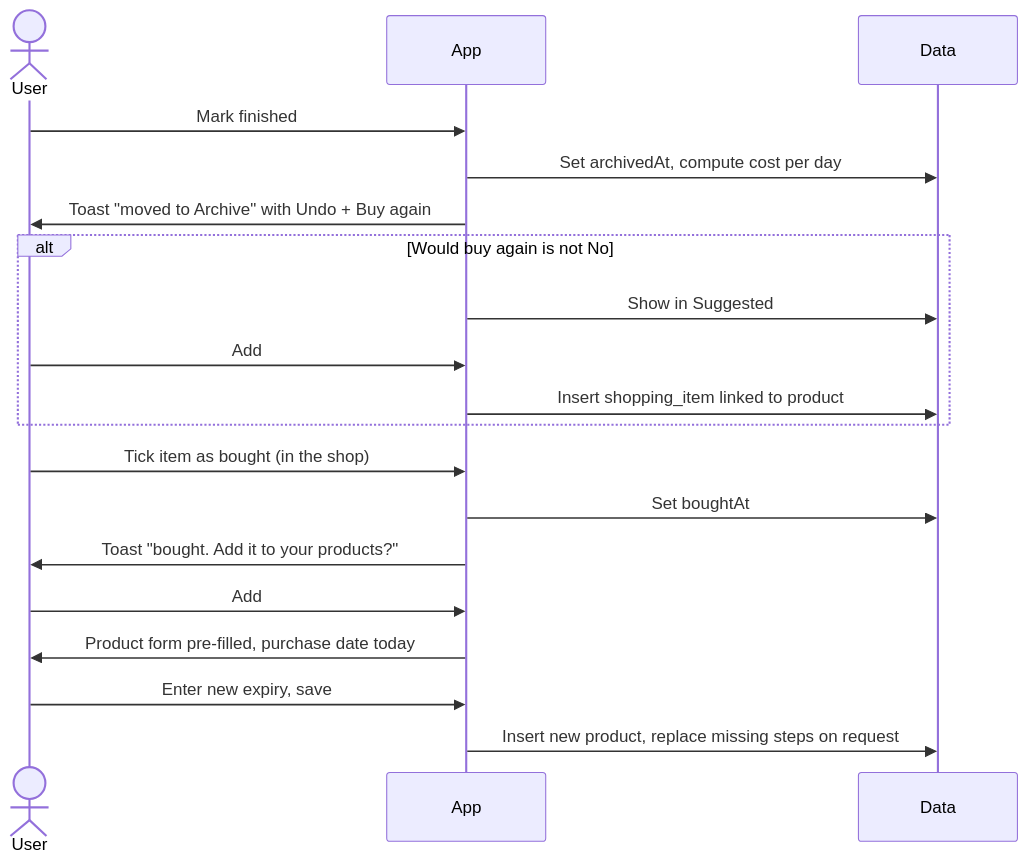
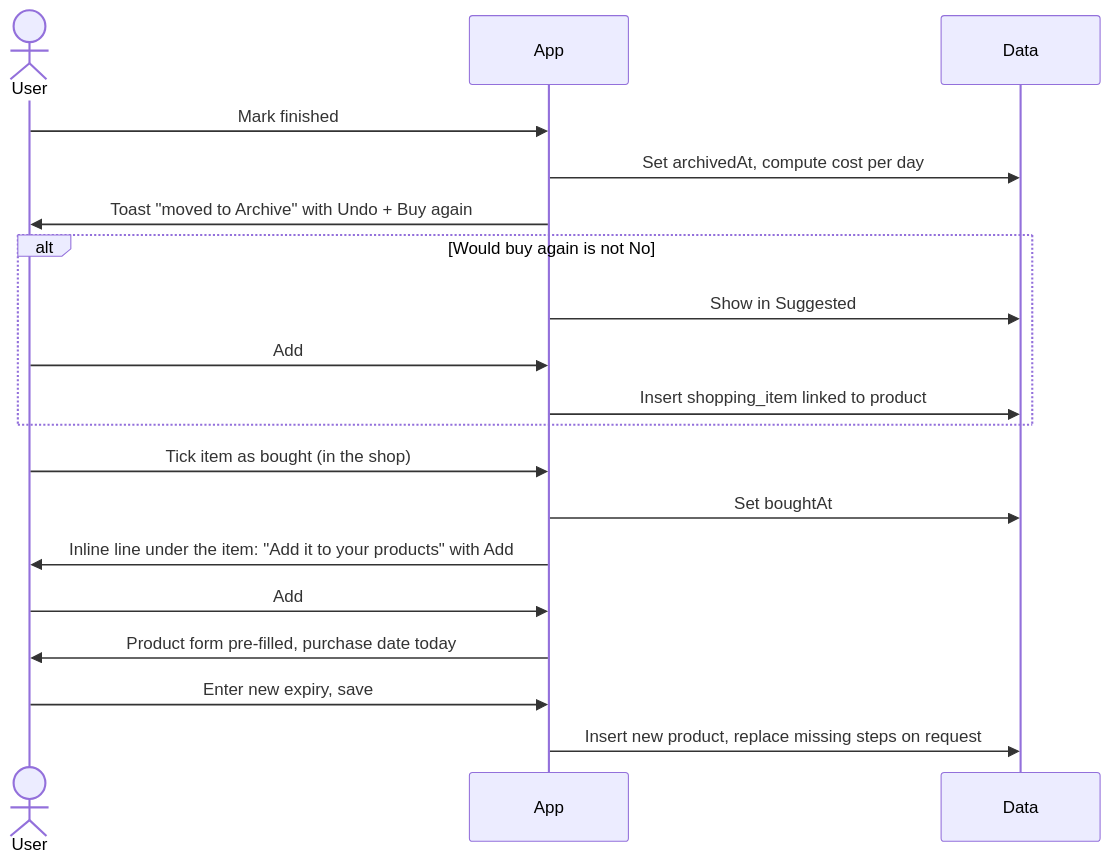
One commit to Justxs/Jx-Care changed the eighth of 10 diagrams in docs/feature-spec.md. Above: the diagram before and after it, drawn with Mermaid. The commit also changed other lines of this file and 36 other files, not shown here.

````diff
--- a/docs/feature-spec.md
+++ b/docs/feature-spec.md
@@ -667,21 +682,21 @@
 ```mermaid
 sequenceDiagram
   actor U as User
   participant A as App
   participant D as Data
   U->>A: Mark finished
   A->>D: Set archivedAt, compute cost per day
   A->>U: Toast "moved to Archive" with Undo + Buy again
   alt Would buy again is not No
     A->>D: Show in Suggested
     U->>A: Add
     A->>D: Insert shopping_item linked to product
   end
   U->>A: Tick item as bought (in the shop)
   A->>D: Set boughtAt
-  A->>U: Toast "bought. Add it to your products?"
+  A->>U: Inline line under the item: "Add it to your products" with Add
   U->>A: Add
   A->>U: Product form pre-filled, purchase date today
   U->>A: Enter new expiry, save
   A->>D: Insert new product, replace missing steps on request
 ```
````
